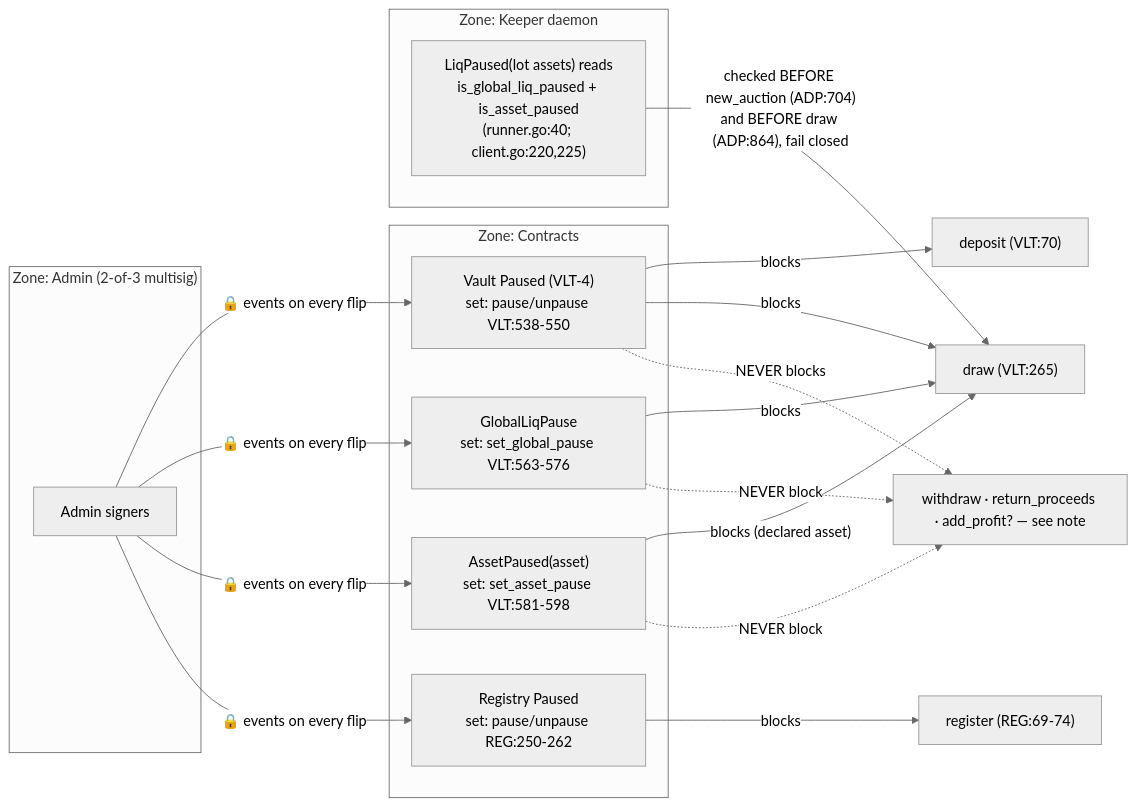
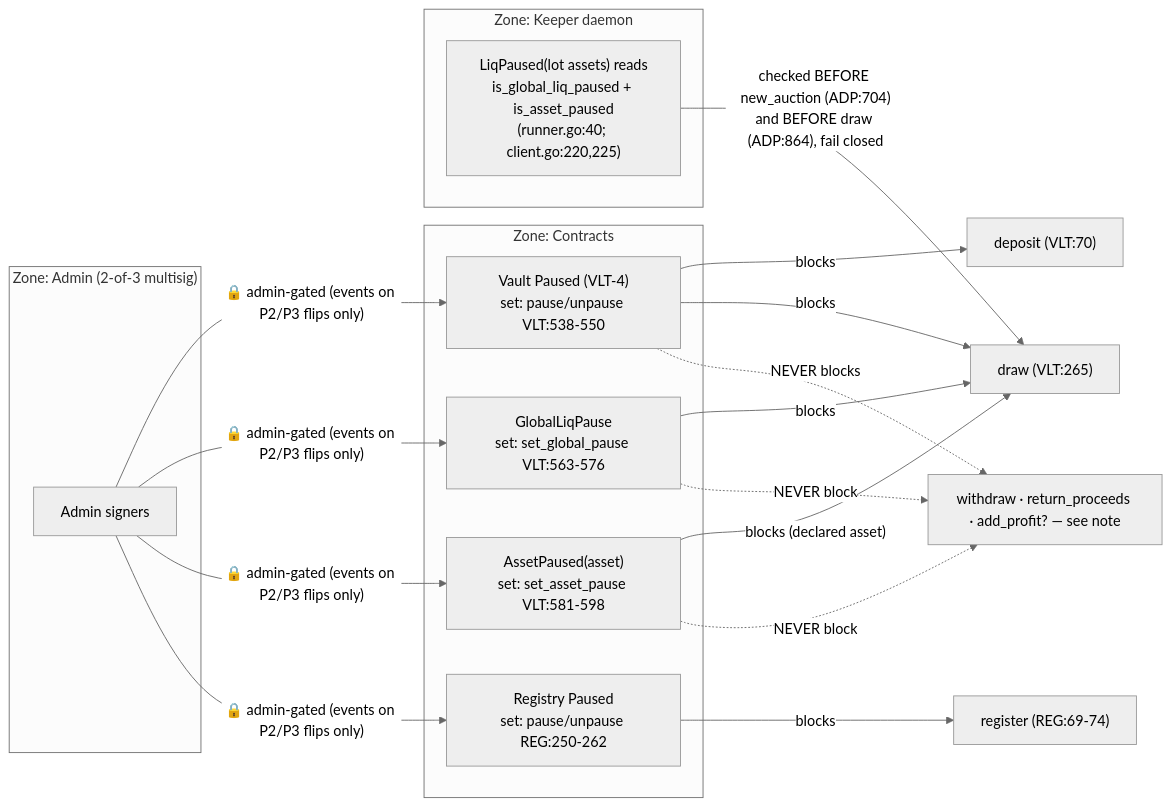
The eighth of 9 diagrams in docs/security/DATAFLOW.md (Nectar-Network/nectar), drawn with Mermaid (neutral theme) before and after one commit. The commit also changed other lines of this file and 3 other files, not shown here.

````diff
--- a/docs/security/DATAFLOW.md
+++ b/docs/security/DATAFLOW.md
@@ -273,25 +273,25 @@
 ```mermaid
 flowchart LR
     subgraph Z_ADMIN["Zone: Admin (2-of-3 multisig)"]
         A[Admin signers]
     end
     subgraph Z_CHAIN["Zone: Contracts"]
         P1["Vault Paused (VLT-4)<br/>set: pause/unpause VLT:538-550"]
         P2["GlobalLiqPause<br/>set: set_global_pause VLT:563-576"]
         P3["AssetPaused(asset)<br/>set: set_asset_pause VLT:581-598"]
         P4["Registry Paused<br/>set: pause/unpause REG:250-262"]
     end
     subgraph Z_KEEPER["Zone: Keeper daemon"]
         KR["LiqPaused(lot assets) reads<br/>is_global_liq_paused + is_asset_paused<br/>(runner.go:40; client.go:220,225)"]
     end
 
-    A -->|"🔒 events on every flip"| P1 & P2 & P3 & P4
+    A -->|"🔒 admin-gated (events on P2/P3 flips only)"| P1 & P2 & P3 & P4
     P1 -->|blocks| D1["deposit (VLT:70)"]
     P1 -->|blocks| D2["draw (VLT:265)"]
     P2 -->|blocks| D2
     P3 -->|"blocks (declared asset)"| D2
     P4 -->|blocks| D3["register (REG:69-74)"]
     KR -->|"checked BEFORE new_auction (ADP:704)<br/>and BEFORE draw (ADP:864), fail closed"| D2
     P1 -.->|"NEVER blocks"| W["withdraw · return_proceeds · add_profit? — see note"]
     P2 & P3 -.->|"NEVER block"| W
 ```
````
